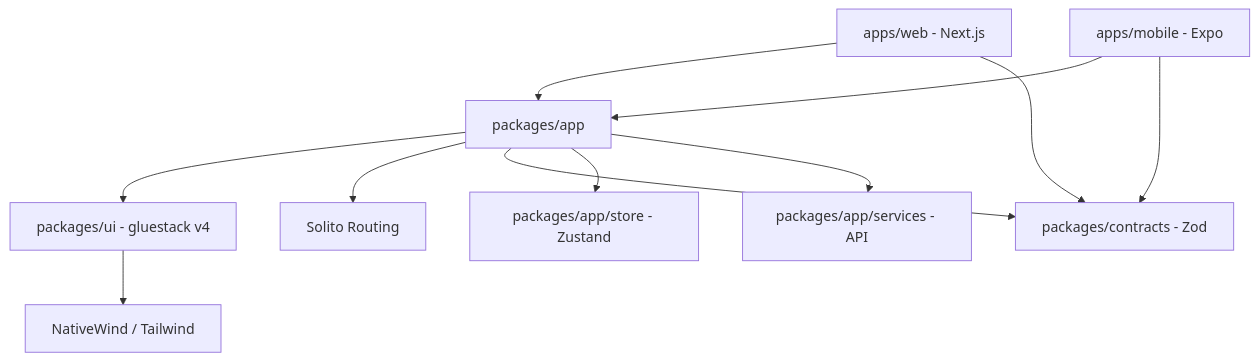
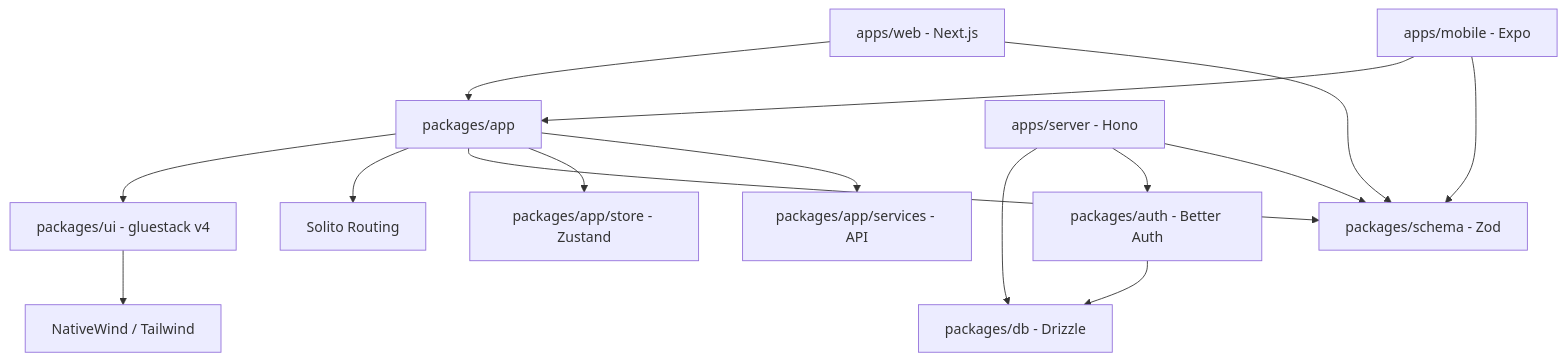
The diagram in README.md (asyhak/Nexpo-Stack), drawn with Mermaid before and after one commit. The commit also changed other lines of this file and 5 other files, not shown here.

````diff
--- a/README.md
+++ b/README.md
@@ -46,13 +49,17 @@
 ```mermaid
 graph TD
     A[apps/web - Next.js] --> D[packages/app]
     B[apps/mobile - Expo] --> D
+    S[apps/server - Hono] --> DB[packages/db - Drizzle]
+    S --> AU[packages/auth - Better Auth]
     D --> E[packages/ui - gluestack v4]
     D --> F[Solito Routing]
-    D --> H[packages/contracts - Zod]
+    D --> SC[packages/schema - Zod]
     D --> I[packages/app/store - Zustand]
     D --> J[packages/app/services - API]
+    S --> SC
+    AU --> DB
     E --> G[NativeWind / Tailwind]
-    A --> H
-    B --> H
+    A --> SC
+    B --> SC
 ```
````
